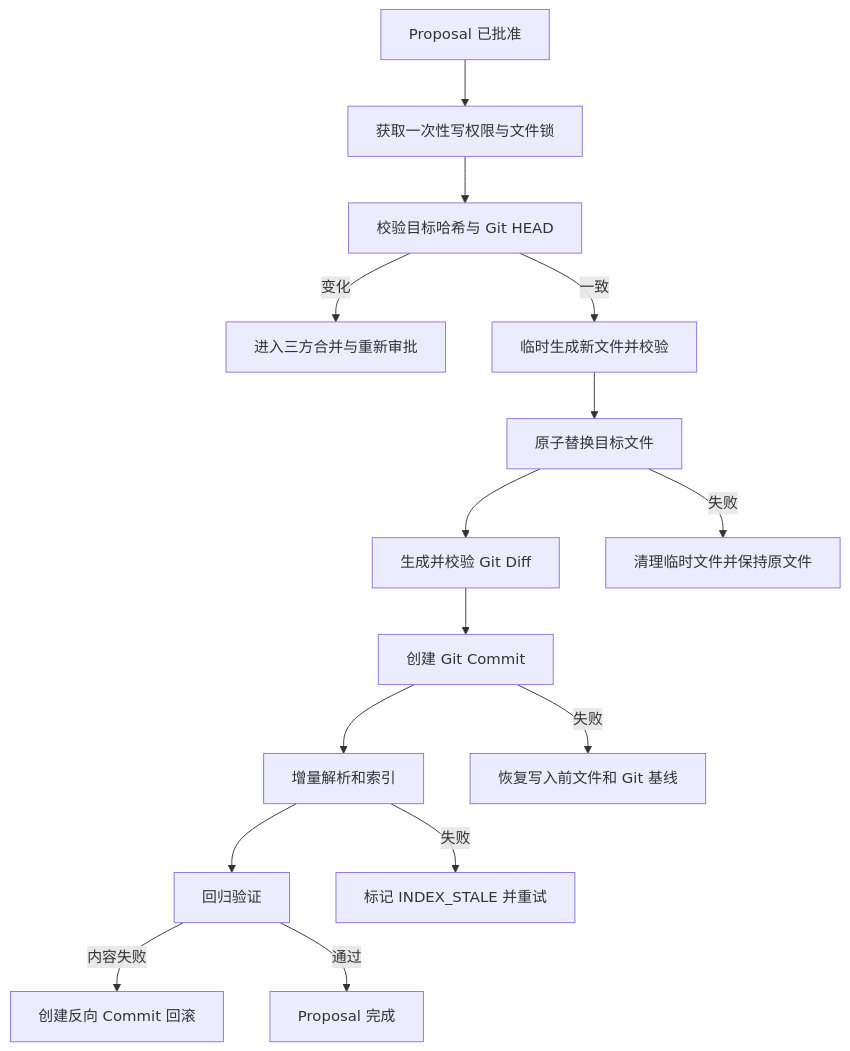
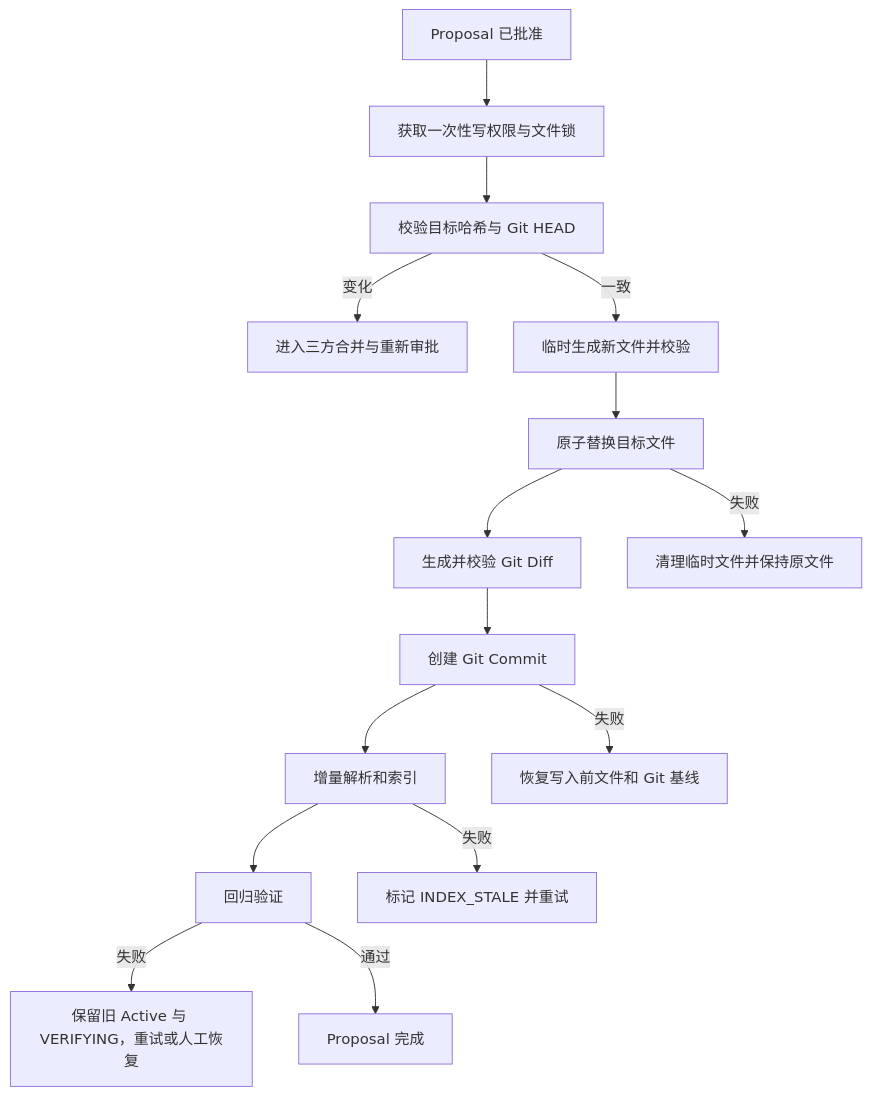
The eighth of 8 diagrams in docs/product/PRD.md (CodeZen-Lizhi/zhixu), drawn with Mermaid before and after one commit. The commit also changed other lines of this file and 110 other files, not shown here.

````diff
--- a/docs/product/PRD.md
+++ b/docs/product/PRD.md
@@ -3034,17 +3033,17 @@
 ```mermaid
 flowchart TD
     A["Proposal 已批准"] --> B["获取一次性写权限与文件锁"]
     B --> C["校验目标哈希与 Git HEAD"]
     C -->|"变化"| D["进入三方合并与重新审批"]
     C -->|"一致"| E["临时生成新文件并校验"]
     E --> F["原子替换目标文件"]
     F --> G["生成并校验 Git Diff"]
     G --> H["创建 Git Commit"]
     H --> I["增量解析和索引"]
     I --> J["回归验证"]
     F -->|"失败"| K["清理临时文件并保持原文件"]
     H -->|"失败"| L["恢复写入前文件和 Git 基线"]
     I -->|"失败"| M["标记 INDEX_STALE 并重试"]
-    J -->|"内容失败"| N["创建反向 Commit 回滚"]
+    J -->|"失败"| N["保留旧 Active 与 VERIFYING，重试或人工恢复"]
     J -->|"通过"| O["Proposal 完成"]
 ```
````
